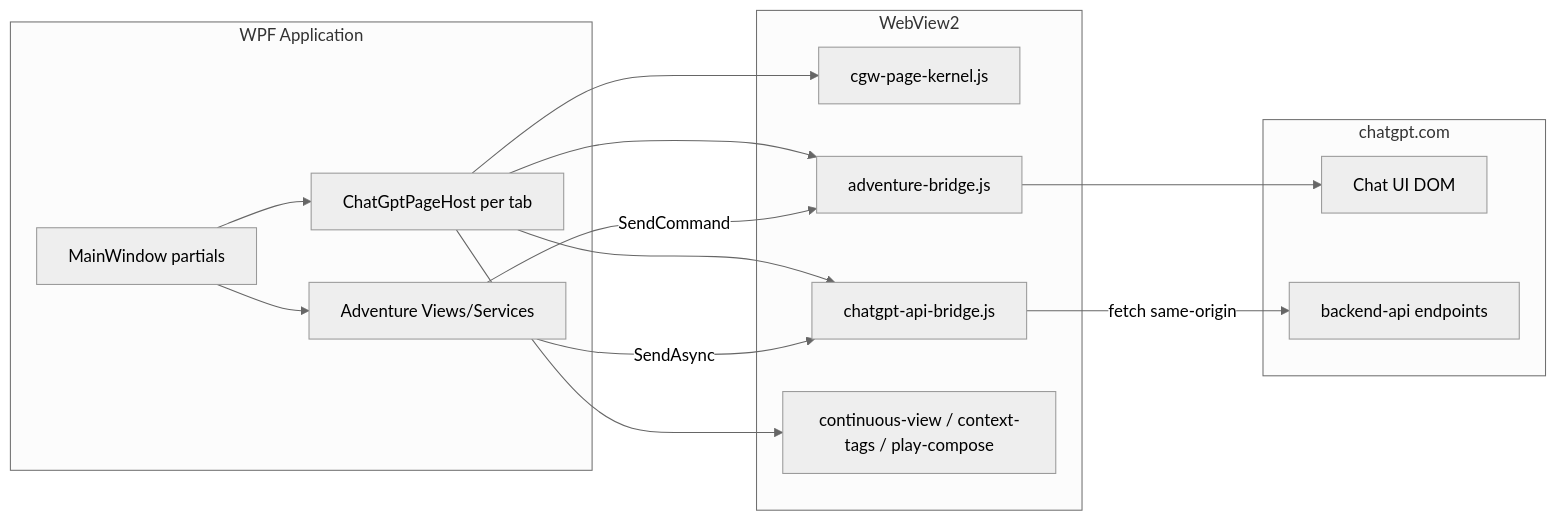
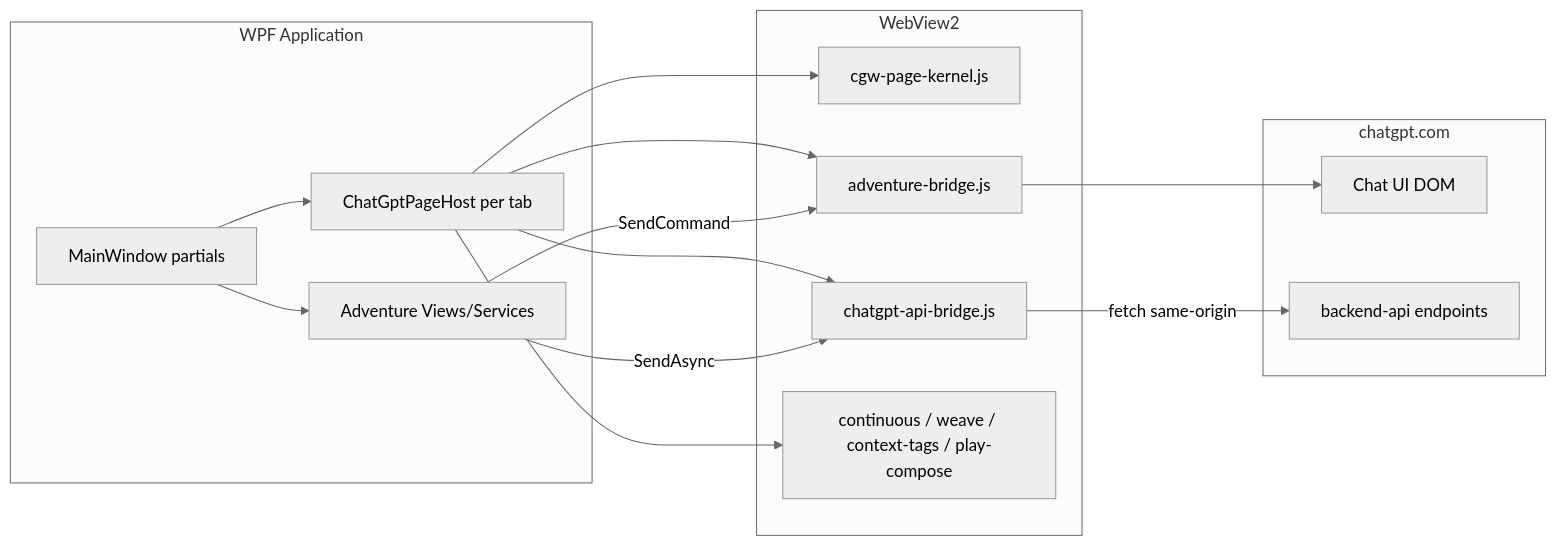
Before and after one commit to CMD0112/NarrativeGPT: the first of 2 diagrams in docs/architecture.md, drawn with Mermaid (neutral theme). The commit also changed other lines of this file and 425 other files, not shown here.

````diff
--- a/docs/architecture.md
+++ b/docs/architecture.md
@@ -37,31 +37,31 @@
 ```mermaid
 flowchart LR
     subgraph wpf [WPF Application]
         MW[MainWindow partials]
         ADV[Adventure Views/Services]
         PH[ChatGptPageHost per tab]
     end
 
     subgraph webview [WebView2]
         KERNEL[cgw-page-kernel.js]
         API[chatgpt-api-bridge.js]
         PLAY[adventure-bridge.js]
-        DISPLAY[continuous-view / context-tags / play-compose]
+        DISPLAY[continuous / weave / context-tags / play-compose]
     end
 
     subgraph remote [chatgpt.com]
         DOM[Chat UI DOM]
         API_EP[backend-api endpoints]
     end
 
     MW --> ADV
     MW --> PH
     PH --> KERNEL
     PH --> API
     PH --> PLAY
     PH --> DISPLAY
     API -->|fetch same-origin| API_EP
     PLAY --> DOM
     ADV -->|SendAsync| API
     ADV -->|SendCommand| PLAY
 ```
````
